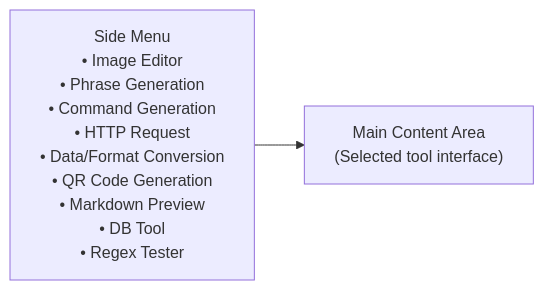
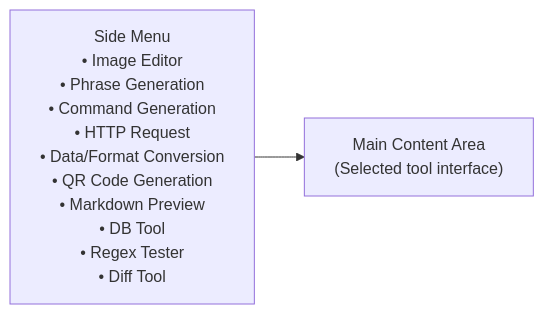
Before and after one commit to LotusAndCompany/devtools: the diagram in docs/user-guide/overview.md, drawn with Mermaid. The commit also changed other lines of this file and 20 other files, not shown here.

Commit message:
feat(diff-tool): add text diff comparison tool (#121)

````diff
--- a/docs/user-guide/overview.md
+++ b/docs/user-guide/overview.md
@@ -27,5 +28,5 @@
 ```mermaid
 flowchart LR
-    side["Side Menu<br/>• Image Editor<br/>• Phrase Generation<br/>• Command Generation<br/>• HTTP Request<br/>• Data/Format Conversion<br/>• QR Code Generation<br/>• Markdown Preview<br/>• DB Tool<br/>• Regex Tester"]
+    side["Side Menu<br/>• Image Editor<br/>• Phrase Generation<br/>• Command Generation<br/>• HTTP Request<br/>• Data/Format Conversion<br/>• QR Code Generation<br/>• Markdown Preview<br/>• DB Tool<br/>• Regex Tester<br/>• Diff Tool"]
     side --> content["Main Content Area<br/>(Selected tool interface)"]
 ```
````
